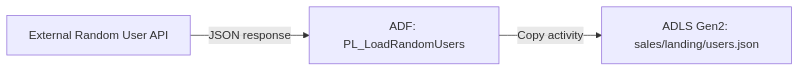
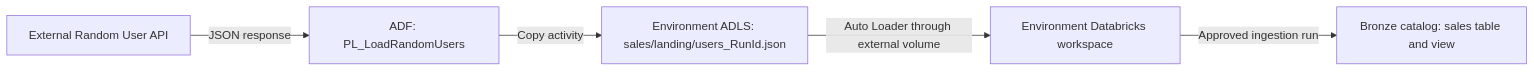
The diagram in README.md (jignaciogomez/PoC_CGPC), drawn with Mermaid before and after one commit. The commit also changed other lines of this file and 33 other files, not shown here.

````diff
--- a/README.md
+++ b/README.md
@@ -11,5 +13,7 @@
 ```mermaid
 flowchart LR
     API[External Random User API] -->|JSON response| ADF[ADF: PL_LoadRandomUsers]
-    ADF -->|Copy activity| ADLS[ADLS Gen2: sales/landing/users.json]
+    ADF -->|Copy activity| ADLS[Environment ADLS: sales/landing/users_RunId.json]
+    ADLS -->|Auto Loader through external volume| DBX[Environment Databricks workspace]
+    DBX -->|Approved ingestion run| UC[Bronze catalog: sales table and view]
 ```
````
